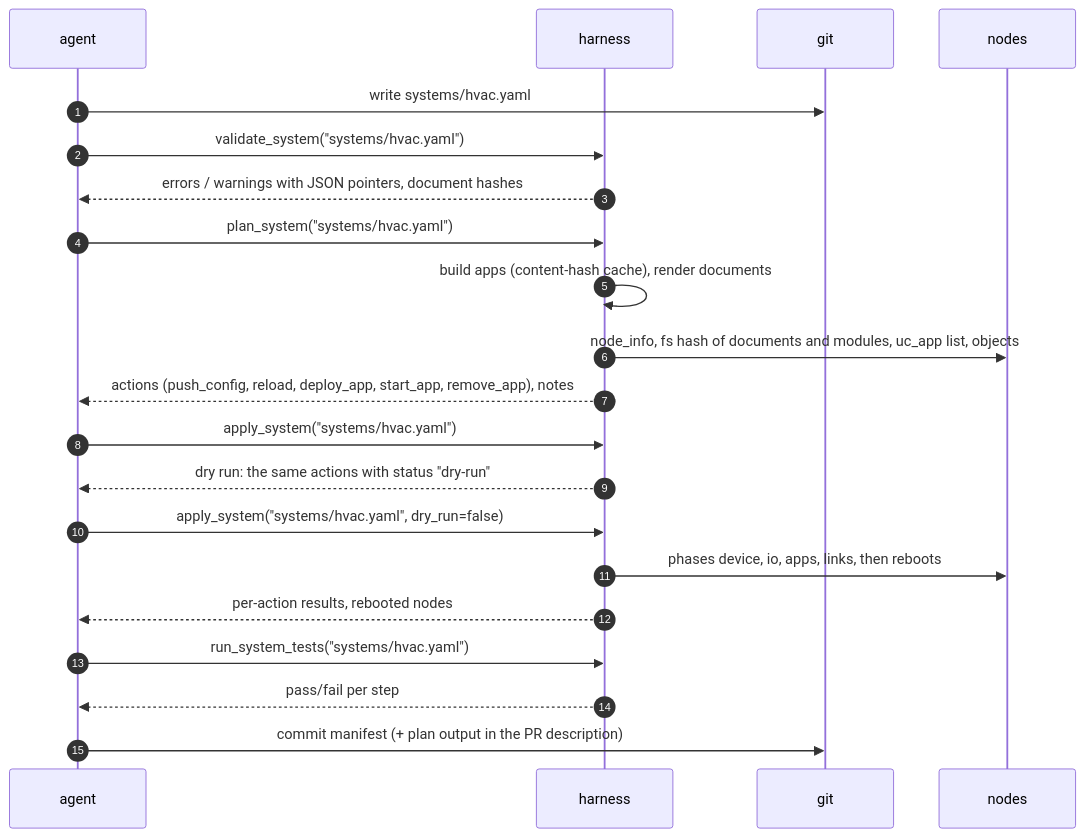
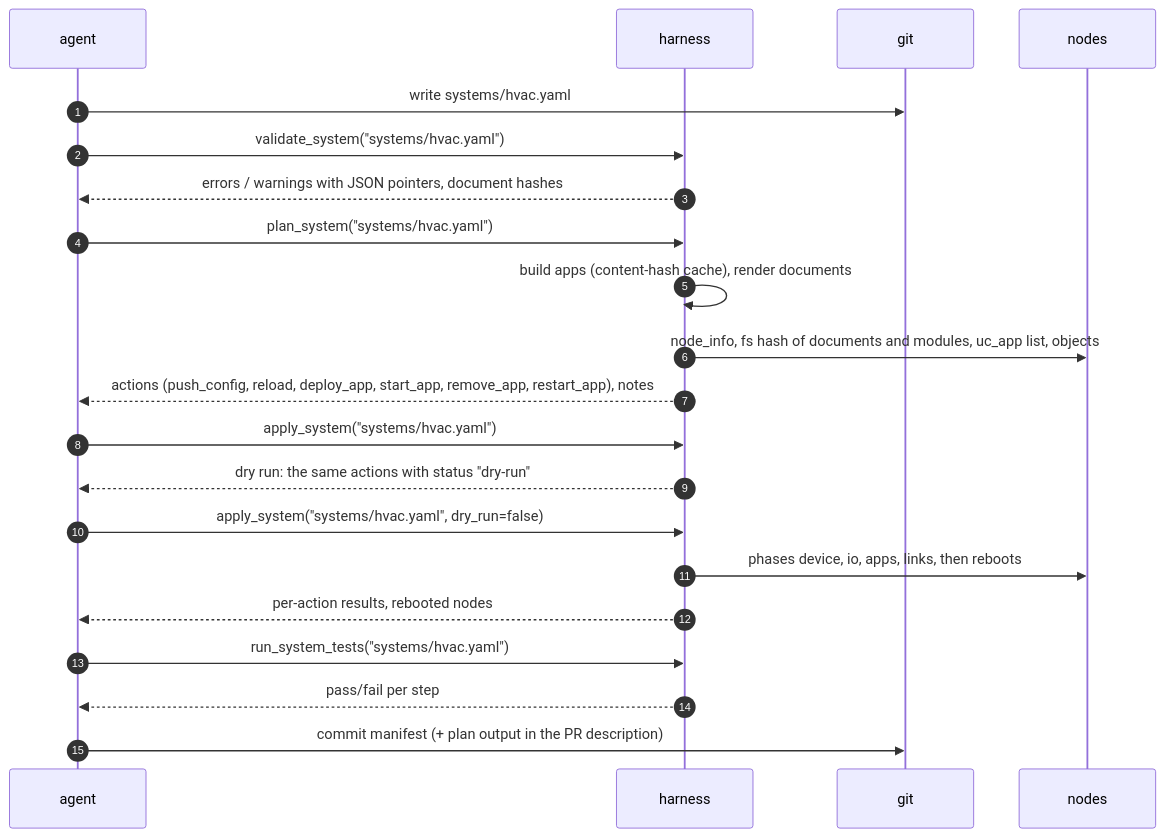
Before and after one commit to IlijaVorontsov/BACNet-uc: the fifth of 8 diagrams in docs/harness-mcp.md, drawn with Mermaid. The commit also changed other lines of this file and 120 other files, not shown here.

````diff
--- a/docs/harness-mcp.md
+++ b/docs/harness-mcp.md
@@ -322,23 +323,23 @@
 ```mermaid
 sequenceDiagram
     autonumber
     participant A as agent
     participant H as harness
     participant G as git
     participant N as nodes
     A->>G: write systems/hvac.yaml
     A->>H: validate_system("systems/hvac.yaml")
     H-->>A: errors / warnings with JSON pointers, document hashes
     A->>H: plan_system("systems/hvac.yaml")
     H->>H: build apps (content-hash cache), render documents
     H->>N: node_info, fs hash of documents and modules, uc_app list, objects
-    H-->>A: actions (push_config, reload, deploy_app, start_app, remove_app), notes
+    H-->>A: actions (push_config, reload, deploy_app, start_app, remove_app, restart_app), notes
     A->>H: apply_system("systems/hvac.yaml")
     H-->>A: dry run: the same actions with status "dry-run"
     A->>H: apply_system("systems/hvac.yaml", dry_run=false)
     H->>N: phases device, io, apps, links, then reboots
     H-->>A: per-action results, rebooted nodes
     A->>H: run_system_tests("systems/hvac.yaml")
     H-->>A: pass/fail per step
     A->>G: commit manifest (+ plan output in the PR description)
 ```
````
